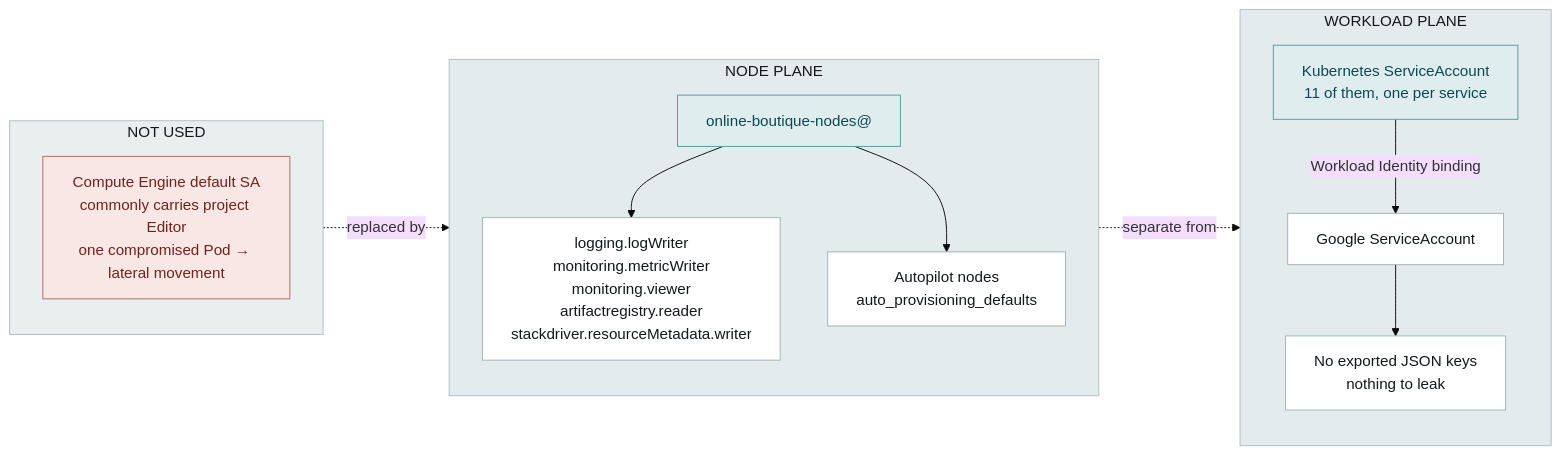
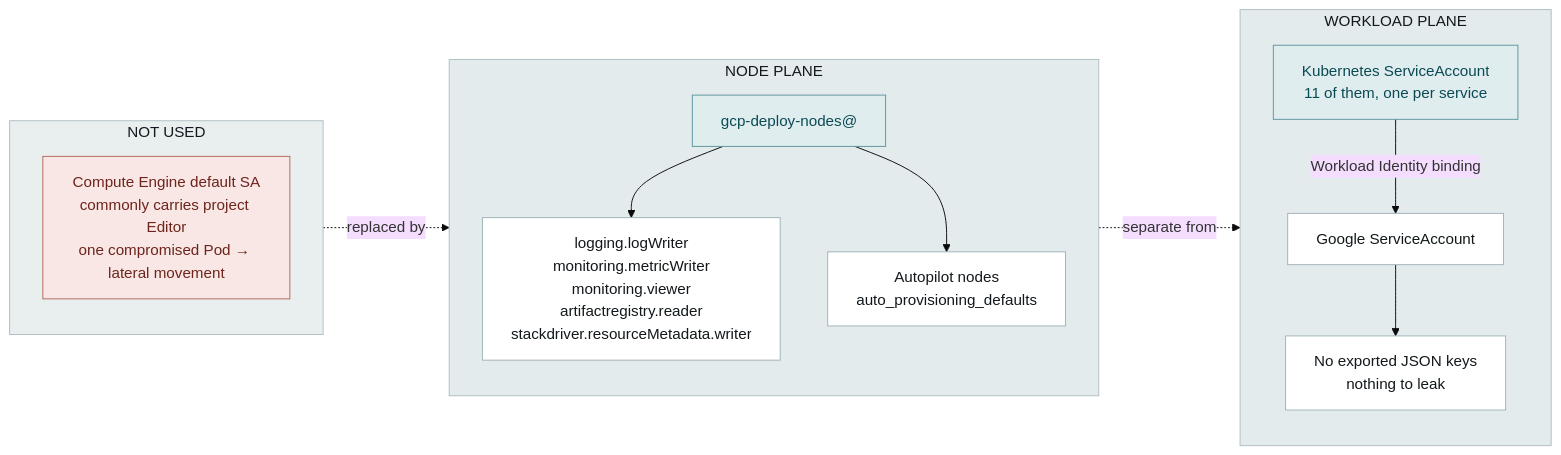
Before and after one commit to makeitstatic/gcp-deployment: the diagram in docs/03-security.md, drawn with Mermaid (base theme). The commit also changed 25 other files, not shown here.

````diff
--- a/docs/03-security.md
+++ b/docs/03-security.md
@@ -38,38 +38,38 @@
 ```mermaid
 flowchart LR
     subgraph off["NOT USED"]
       direction TB
       def["Compute Engine default SA<br/>commonly carries project Editor<br/>one compromised Pod → lateral movement"]
     end
 
     subgraph node["NODE PLANE"]
       direction TB
-      nsa["online-boutique-nodes@"]
+      nsa["gcp-deploy-nodes@"]
       roles["logging.logWriter<br/>monitoring.metricWriter<br/>monitoring.viewer<br/>artifactregistry.reader<br/>stackdriver.resourceMetadata.writer"]
       nodes["Autopilot nodes<br/>auto_provisioning_defaults"]
       nsa --> roles
       nsa --> nodes
     end
 
     subgraph wl["WORKLOAD PLANE"]
       direction TB
       ksa["Kubernetes ServiceAccount<br/>11 of them, one per service"]
       gsa["Google ServiceAccount"]
       keys["No exported JSON keys<br/>nothing to leak"]
       ksa -->|"Workload Identity binding"| gsa --> keys
     end
 
     def -. "replaced by" .-> nsa
     node -. "separate from" .-> wl
 
     classDef box fill:#FFFFFF,stroke:#9FB3B8,color:#12181B;
     classDef bad fill:#F8E7E4,stroke:#B4695E,color:#6E241C;
     classDef good fill:#DFEDEF,stroke:#5E959E,color:#0B4A54;
     class roles,nodes,gsa,keys box;
     class def bad;
     class nsa,ksa good;
 
     style off fill:#E9EEEF,stroke:#AEBEC3,color:#12181B;
     style node fill:#E4EBED,stroke:#AEBEC3,color:#12181B;
     style wl fill:#E4EBED,stroke:#AEBEC3,color:#12181B;
 ```
````
